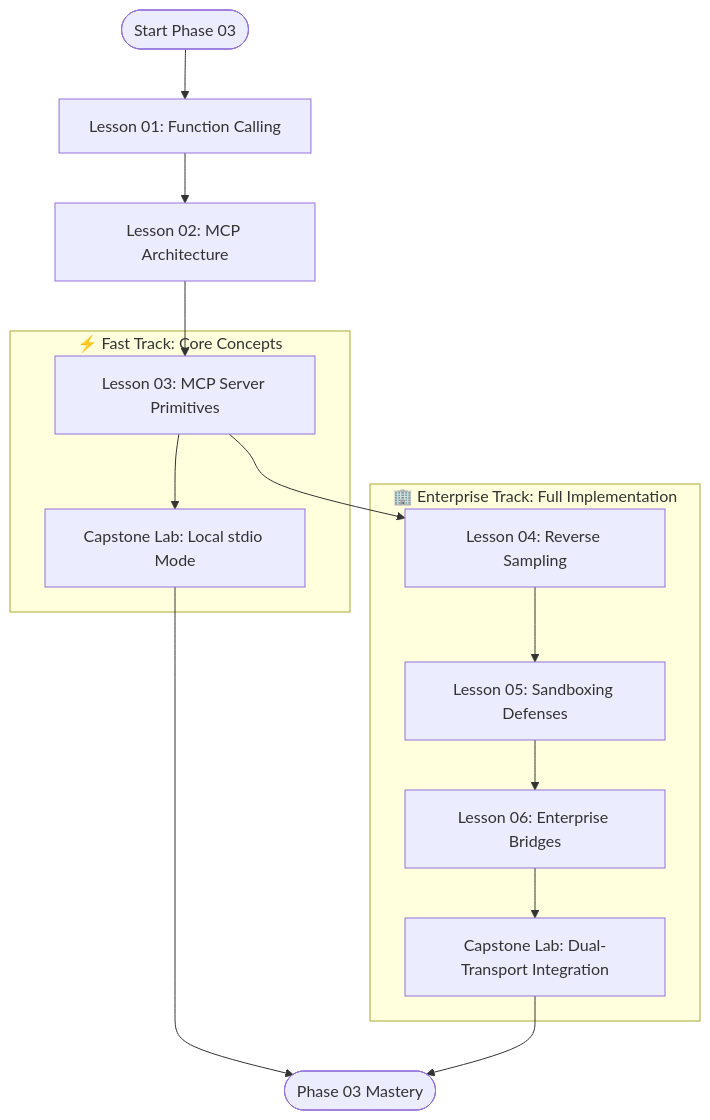
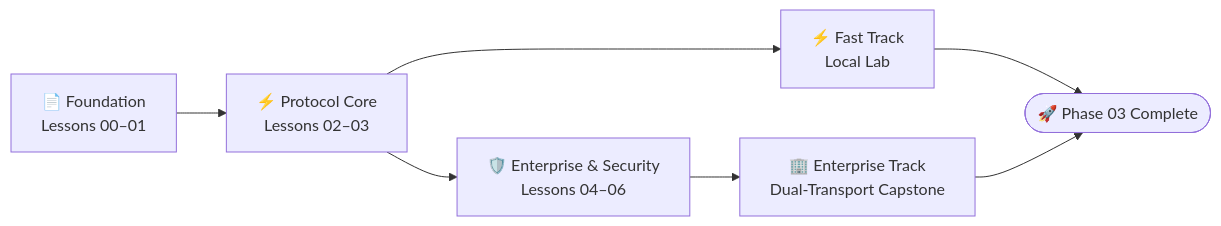
One commit to dip4k/senior-engineer-to-ai-engineer-roadmap changed the third of 3 diagrams in 03-tools-and-model-context-protocol/README.md. Above: the diagram before and after it, drawn with Mermaid. The commit also changed other lines of this file and 39 other files, not shown here.

First line of the commit message:
feat(curriculum): upgrade mermaid diagrams with unicode icons & codify anti-bloat layout rules

````diff
--- a/03-tools-and-model-context-protocol/README.md
+++ b/03-tools-and-model-context-protocol/README.md
@@ -130,20 +134,10 @@
 ```mermaid
-flowchart TD
-    Start(["Start Phase 03"]) --> L1["Lesson 01: Function Calling"]
-    L1 --> L2["Lesson 02: MCP Architecture"]
-    L2 --> L3["Lesson 03: MCP Server Primitives"]
+flowchart LR
+    L0_L1["📄 Foundation<br/>Lessons 00–01"] --> L2_L3["⚡ Protocol Core<br/>Lessons 02–03"]
+    L2_L3 --> L4_L6["🛡️ Enterprise & Security<br/>Lessons 04–06"]
     
-    subgraph FastTrack["⚡ Fast Track: Core Concepts"]
-        L3 --> LabQuick["Capstone Lab: Local stdio Mode"]
-    end
-    
-    subgraph EnterpriseTrack["🏢 Enterprise Track: Full Implementation"]
-        L3 --> L4["Lesson 04: Reverse Sampling"]
-        L4 --> L5["Lesson 05: Sandboxing Defenses"]
-        L5 --> L6["Lesson 06: Enterprise Bridges"]
-        L6 --> LabFull["Capstone Lab: Dual-Transport Integration"]
-    end
-    
-    LabQuick --> Done(["Phase 03 Mastery"])
-    LabFull --> Done
+    L2_L3 --> FastTrack["⚡ Fast Track<br/>Local Lab"]
+    L4_L6 --> EnterpriseTrack["🏢 Enterprise Track<br/>Dual-Transport Capstone"]
+    FastTrack --> Done(["🚀 Phase 03 Complete"])
+    EnterpriseTrack --> Done
 ```
````
